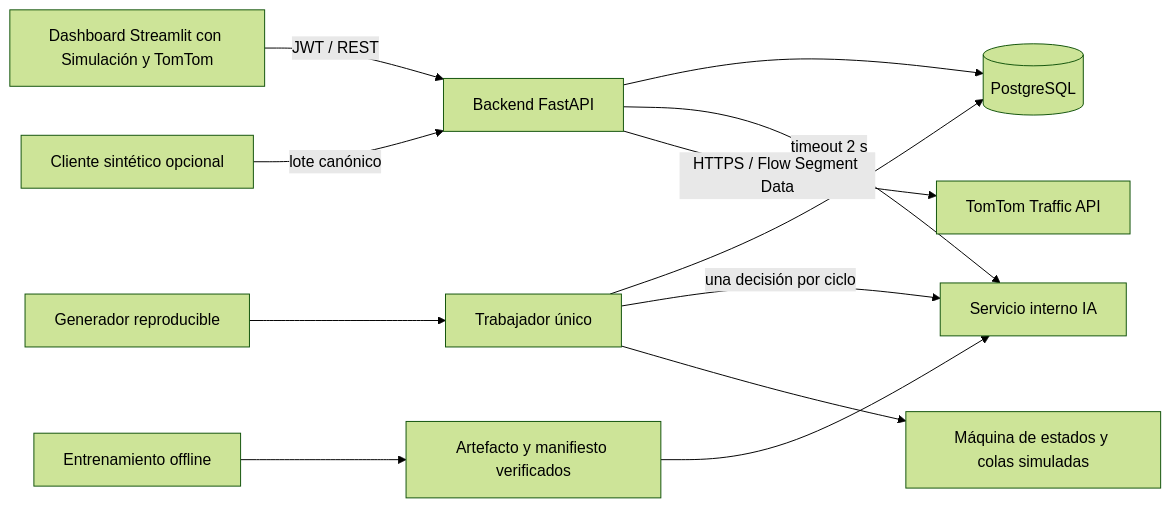
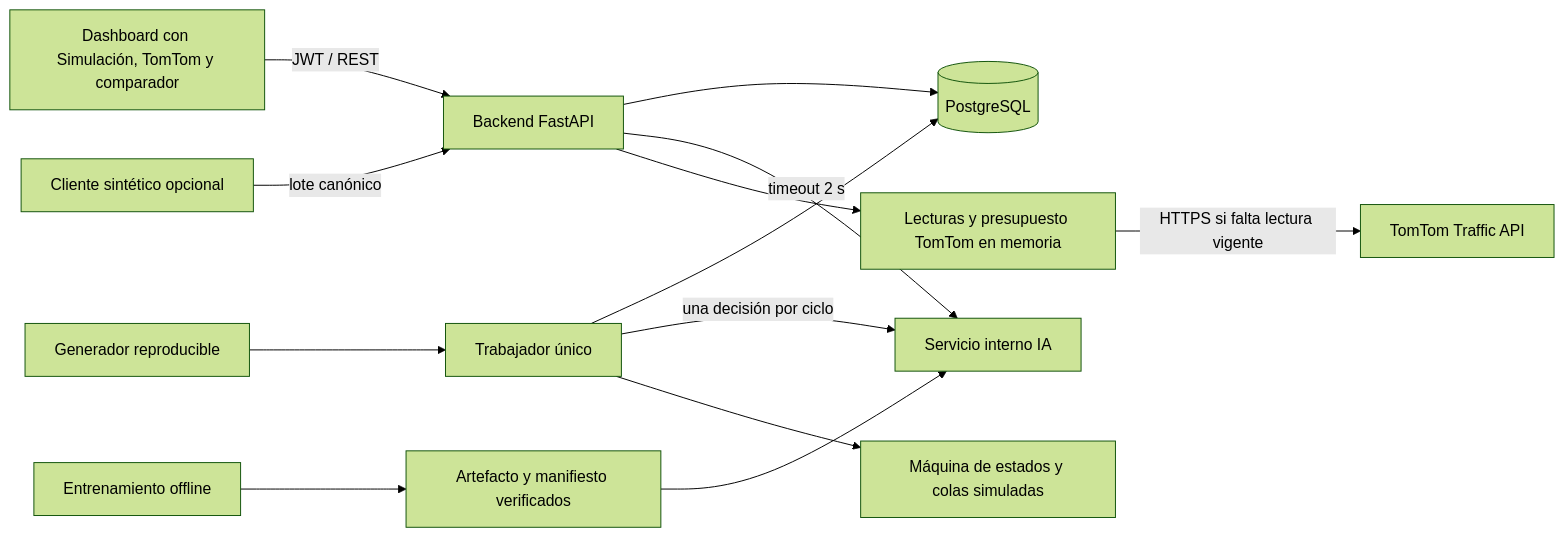
The diagram in docs/FASE_2_Desarrollo_Implementacion.md (DiegoSG826/SistemaTrafico), drawn with Mermaid (forest theme) before and after one commit. The commit also changed other lines of this file and 64 other files, not shown here.

````diff
--- a/docs/FASE_2_Desarrollo_Implementacion.md
+++ b/docs/FASE_2_Desarrollo_Implementacion.md
@@ -131,14 +137,15 @@
 ```mermaid
 flowchart LR
-  D[Dashboard Streamlit con Simulación y TomTom] -->|JWT / REST| A[Backend FastAPI]
+  D[Dashboard con Simulación, TomTom y comparador] -->|JWT / REST| A[Backend FastAPI]
   S[Cliente sintético opcional] -->|lote canónico| A
   A --> P[(PostgreSQL)]
   A -->|timeout 2 s| M[Servicio interno IA]
-  A -->|HTTPS / Flow Segment Data| TT[TomTom Traffic API]
+  A --> C[Lecturas y presupuesto TomTom en memoria]
+  C -->|HTTPS si falta lectura vigente| TT[TomTom Traffic API]
   W[Trabajador único] --> P
   W -->|una decisión por ciclo| M
   G[Generador reproducible] --> W
   W --> Q[Máquina de estados y colas simuladas]
   T[Entrenamiento offline] --> R[Artefacto y manifiesto verificados]
   R --> M
 ```
````
